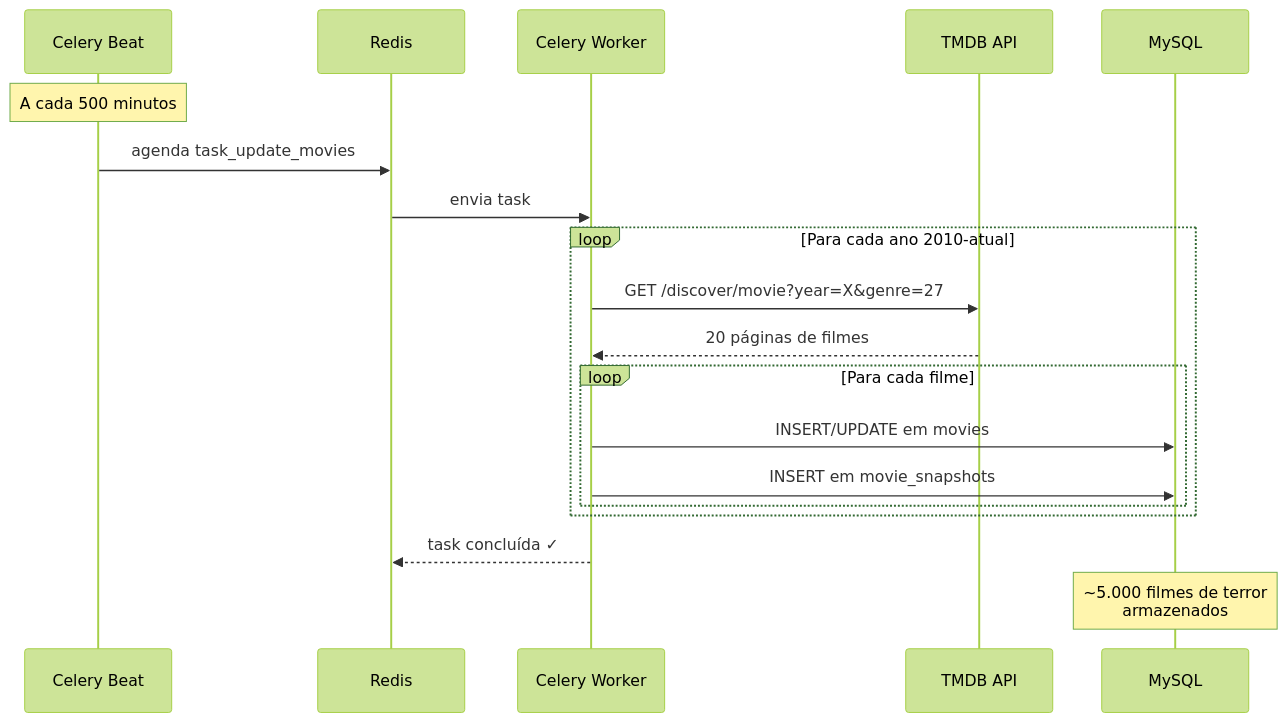
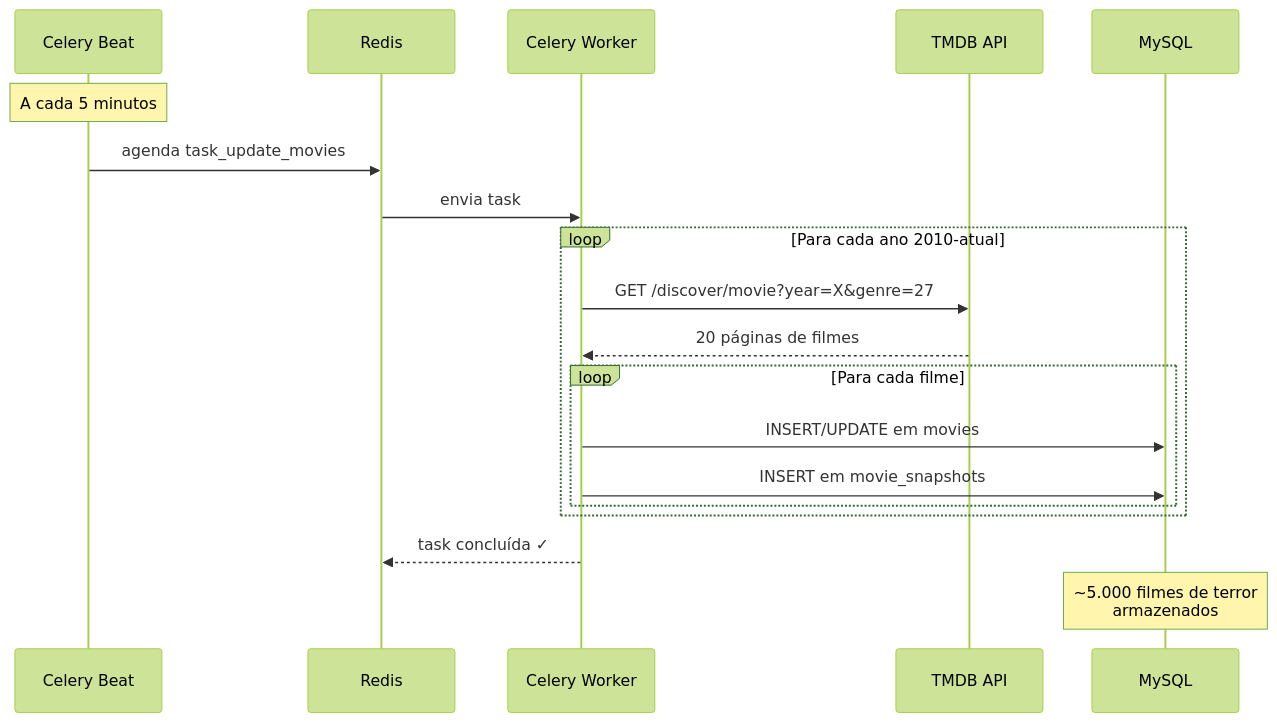
The second of 14 diagrams in STORYTELLING.md (lucasboot/tmdb-ml-phase3-postech), drawn with Mermaid (forest theme) before and after one commit. The commit also changed other lines of this file and 1 other file, not shown here.

Commit message:
feat: atualização do STORYTELLING.md para refletir mudanças na frequência de coleta e treinamento de dados, alterando os intervalos de 500 minutos para 5 minutos e de 600 minutos para 1 hora. Ajustes nas notas e diagramas para melhor clareza do fluxo de tarefas.

````diff
--- a/STORYTELLING.md
+++ b/STORYTELLING.md
@@ -74,25 +74,25 @@
 ```mermaid
 sequenceDiagram
     participant Beat as Celery Beat
     participant Redis
     participant Worker as Celery Worker
     participant TMDB as TMDB API
     participant DB as MySQL
     
-    Note over Beat: A cada 500 minutos
+    Note over Beat: A cada 5 minutos
     Beat->>Redis: agenda task_update_movies
     Redis->>Worker: envia task
     
     loop Para cada ano 2010-atual
         Worker->>TMDB: GET /discover/movie?year=X&genre=27
         TMDB-->>Worker: 20 páginas de filmes
         
         loop Para cada filme
             Worker->>DB: INSERT/UPDATE em movies
             Worker->>DB: INSERT em movie_snapshots
         end
     end
     
     Worker-->>Redis: task concluída ✓
     Note over DB: ~5.000 filmes de terror<br/>armazenados
 ```
````
